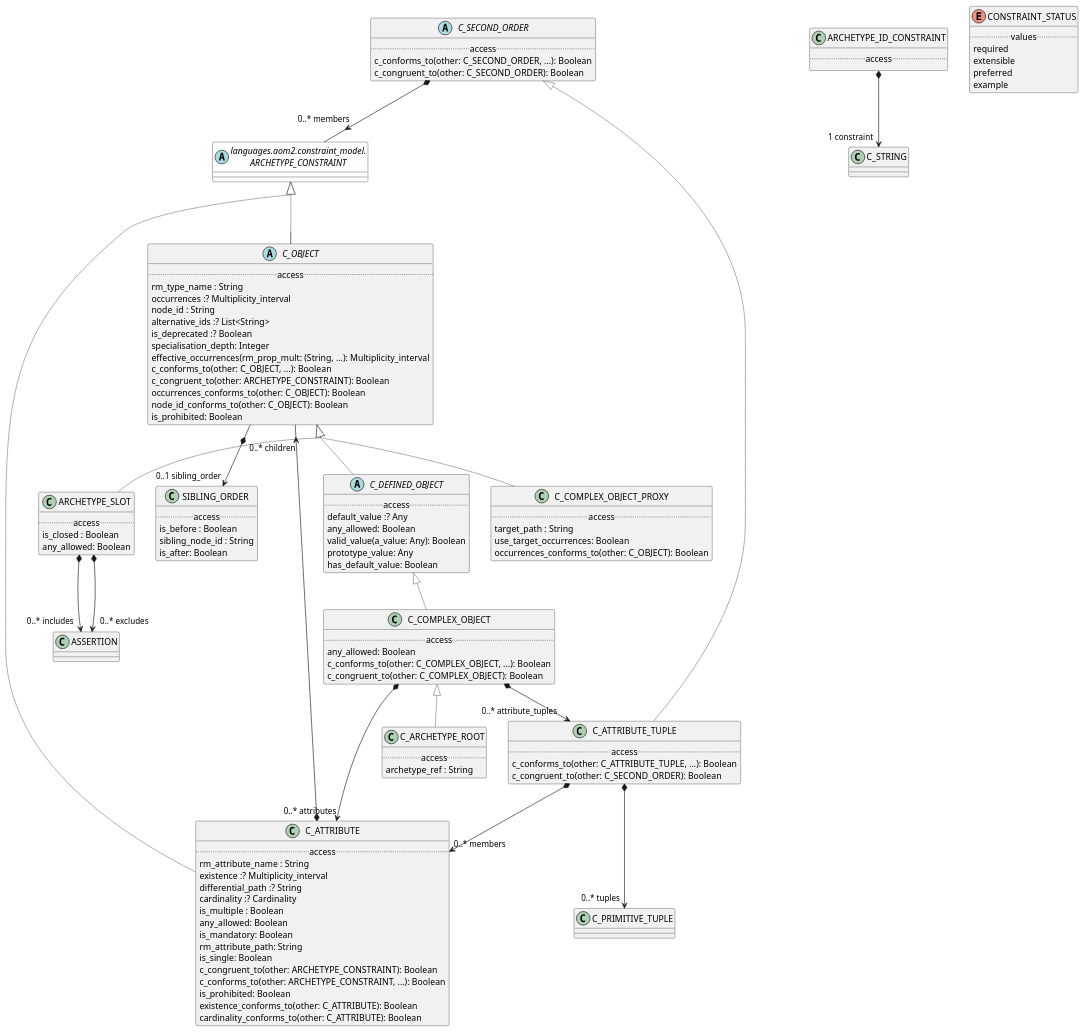
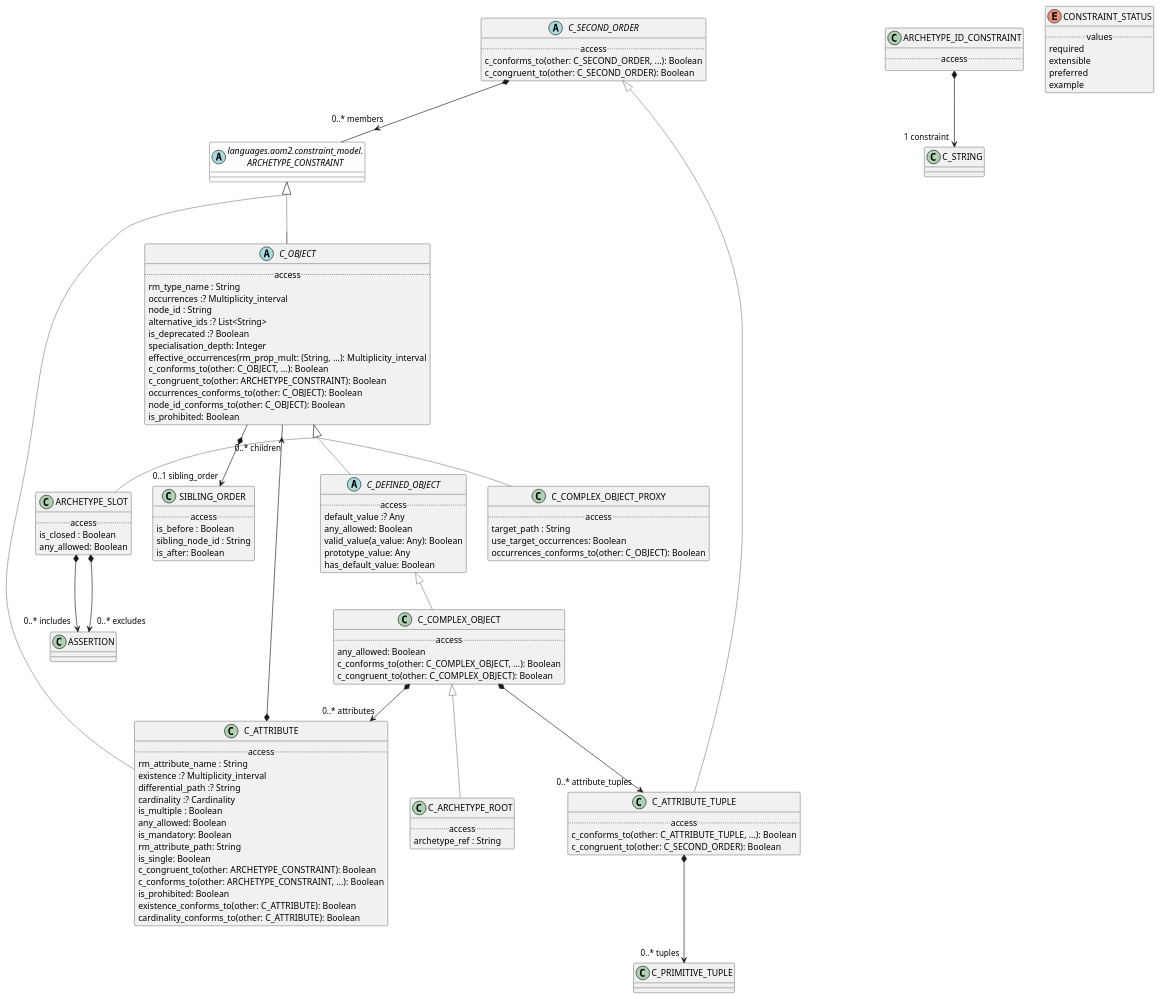
One commit to wolandscat/openehr-doc changed the diagram in modules/ROOT/examples/bmm/languages/aom2/constraint_model/complex/complex-package-uml.adoc. Above: the diagram before and after it, drawn with PlantUML. The commit also changed 541 other files, not shown here.

Commit message:
Regen with override markers, and override relations removed from UML.

```diff
--- a/modules/ROOT/examples/bmm/languages/aom2/constraint_model/complex/complex-package-uml.adoc
+++ b/modules/ROOT/examples/bmm/languages/aom2/constraint_model/complex/complex-package-uml.adoc
@@ -12,12 +12,10 @@
         c_congruent_to(other: C_SECOND_ORDER): Boolean
 }
 
-C_ATTRIBUTE_TUPLE -[#gray]up-|> C_SECOND_ORDER  
+C_ATTRIBUTE_TUPLE -[#gray]up-|> C_SECOND_ORDER
 
 
 C_ATTRIBUTE_TUPLE *--> "0..* tuples" C_PRIMITIVE_TUPLE
-
-C_ATTRIBUTE_TUPLE *--> "0..* members" C_ATTRIBUTE
 
 abstract class C_DEFINED_OBJECT [[/openehr-doc/latest/languages/aom2-gen.html#_class_c_defined_object]] {
         .. access ..
@@ -28,7 +26,7 @@
         has_default_value: Boolean
 }
 
-C_DEFINED_OBJECT -[#gray]up-|> C_OBJECT  
+C_DEFINED_OBJECT -[#gray]up-|> C_OBJECT
 
 
 class C_ARCHETYPE_ROOT [[/openehr-doc/latest/languages/aom2-gen.html#_class_c_archetype_root]] {
@@ -36,7 +34,7 @@
         archetype_ref : String
 }
 
-C_ARCHETYPE_ROOT -[#gray]up-|> C_COMPLEX_OBJECT  
+C_ARCHETYPE_ROOT -[#gray]up-|> C_COMPLEX_OBJECT
 
 
 abstract class C_SECOND_ORDER [[/openehr-doc/latest/languages/aom2-gen.html#_class_c_second_order]] {
@@ -54,7 +52,7 @@
         c_congruent_to(other: C_COMPLEX_OBJECT): Boolean
 }
 
-C_COMPLEX_OBJECT -[#gray]up-|> C_DEFINED_OBJECT  
+C_COMPLEX_OBJECT -[#gray]up-|> C_DEFINED_OBJECT
 
 
 C_COMPLEX_OBJECT *--> "0..* attributes" C_ATTRIBUTE
@@ -74,7 +72,7 @@
         occurrences_conforms_to(other: C_OBJECT): Boolean
 }
 
-C_COMPLEX_OBJECT_PROXY -[#gray]up-|> C_OBJECT  
+C_COMPLEX_OBJECT_PROXY -[#gray]up-|> C_OBJECT
 
 
 enum CONSTRAINT_STATUS [[/openehr-doc/latest/languages/aom2-gen.html#_class_constraint_status]] {
@@ -91,7 +89,7 @@
         any_allowed: Boolean
 }
 
-ARCHETYPE_SLOT -[#gray]up-|> C_OBJECT  
+ARCHETYPE_SLOT -[#gray]up-|> C_OBJECT
 
 
 ARCHETYPE_SLOT *--> "0..* includes" ASSERTION
@@ -121,7 +119,7 @@
         is_prohibited: Boolean
 }
 
-C_OBJECT -[#gray]up-|> ARCHETYPE_CONSTRAINT  
+C_OBJECT -[#gray]up-|> ARCHETYPE_CONSTRAINT
 
 
 C_OBJECT *--> "0..1 sibling_order" SIBLING_ORDER
@@ -144,7 +142,7 @@
         cardinality_conforms_to(other: C_ATTRIBUTE): Boolean
 }
 
-C_ATTRIBUTE -[#gray]up-|> ARCHETYPE_CONSTRAINT  
+C_ATTRIBUTE -[#gray]up-|> ARCHETYPE_CONSTRAINT
 
 
 C_ATTRIBUTE *--> "0..* children" C_OBJECT
```
